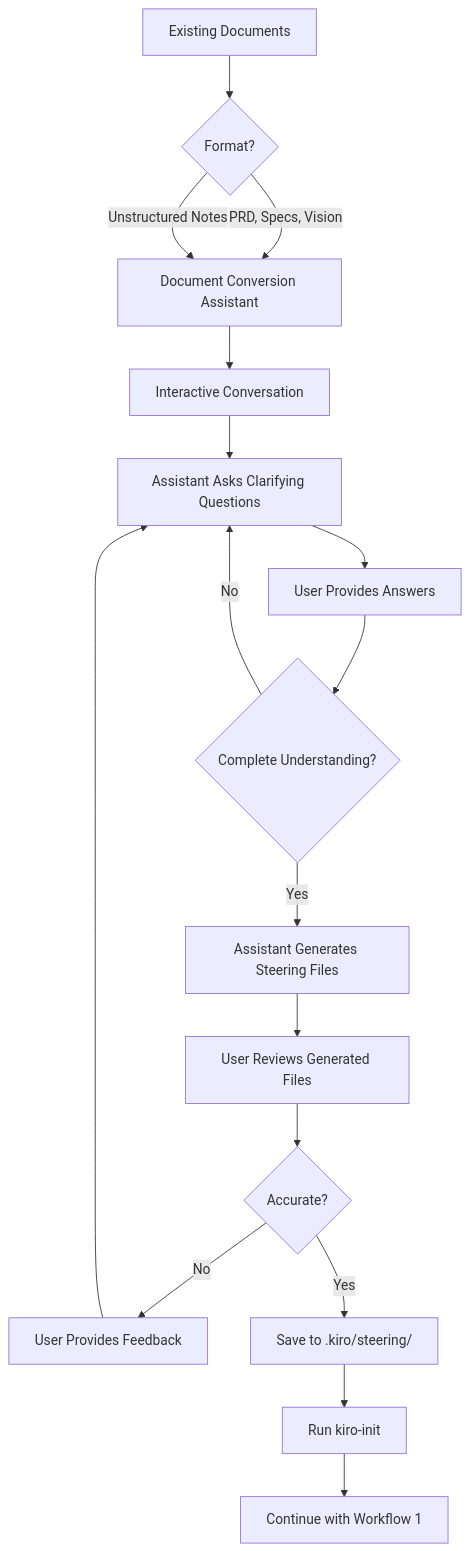
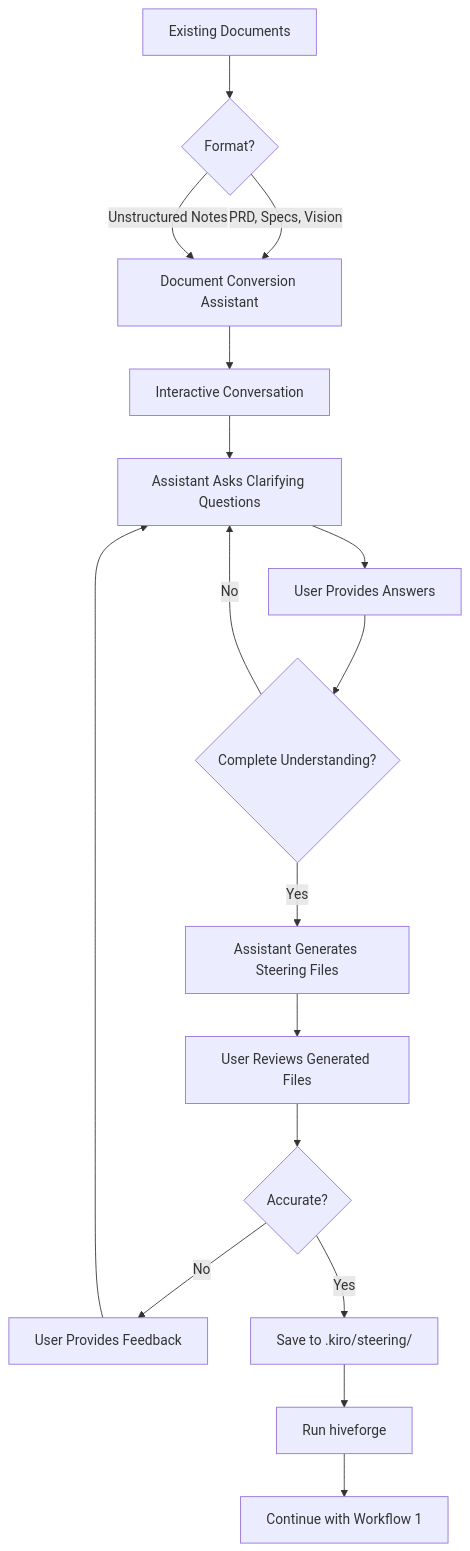
The second of 4 diagrams in WORKFLOW.md (asoshnin/HiveForge), drawn with Mermaid before and after one commit. The commit also changed other lines of this file and 75 other files, not shown here.

````diff
--- a/WORKFLOW.md
+++ b/WORKFLOW.md
@@ -159,19 +159,19 @@
 ```mermaid
 graph TD
     A[Existing Documents] --> B{Format?}
     B -->|PRD, Specs, Vision| C[Document Conversion Assistant]
     B -->|Unstructured Notes| C
     C --> D[Interactive Conversation]
     D --> E[Assistant Asks Clarifying Questions]
     E --> F[User Provides Answers]
     F --> G{Complete Understanding?}
     G -->|No| E
     G -->|Yes| H[Assistant Generates Steering Files]
     H --> I[User Reviews Generated Files]
     I --> J{Accurate?}
     J -->|No| K[User Provides Feedback]
     K --> E
     J -->|Yes| L[Save to .kiro/steering/]
-    L --> M[Run kiro-init]
+    L --> M[Run hiveforge]
     M --> N[Continue with Workflow 1]
 ```
````
